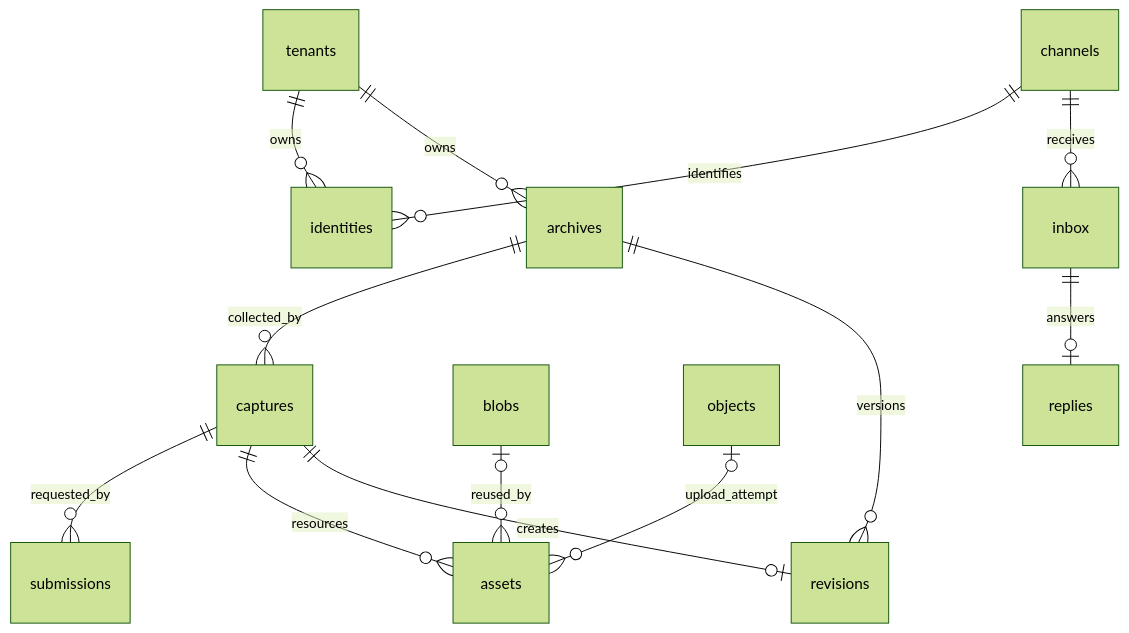
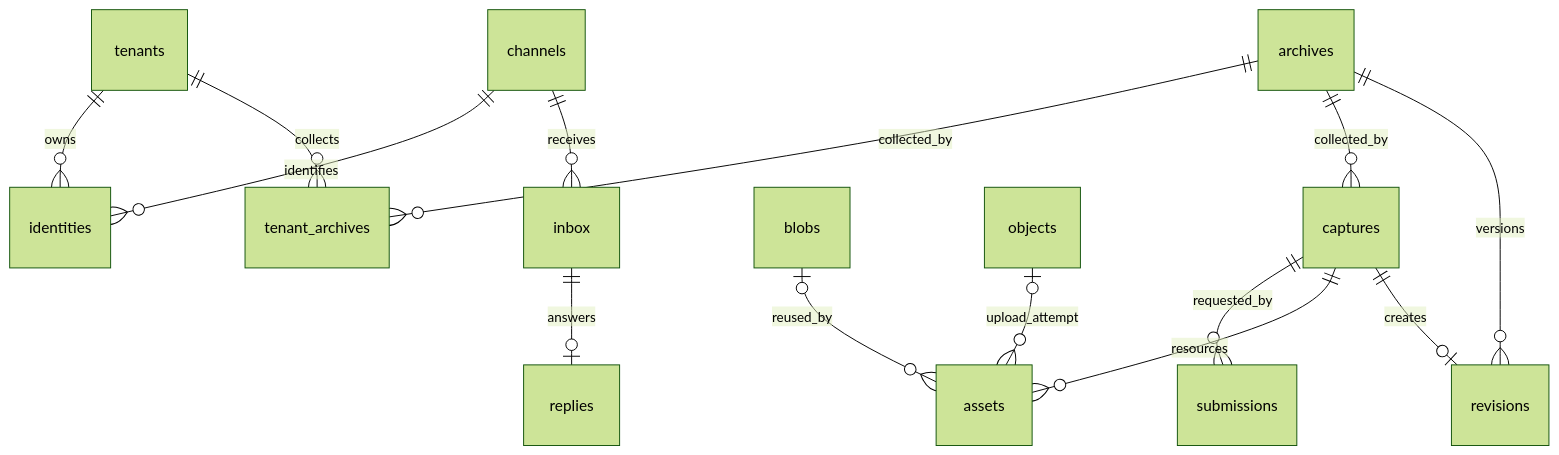
Before and after one commit to sxzz/midden: the second of 2 diagrams in docs/architecture.md, drawn with Mermaid (forest theme). The commit also changed other lines of this file and 19 other files, not shown here.

Commit message:
Share public archives across tenants with provider-defined visibility

````diff
--- a/docs/architecture.md
+++ b/docs/architecture.md
@@ -65,15 +75,16 @@
 ```mermaid
 erDiagram
     tenants ||--o{ identities : owns
     channels ||--o{ identities : identifies
-    tenants ||--o{ archives : owns
+    tenants ||--o{ tenant_archives : collects
+    archives ||--o{ tenant_archives : collected_by
     archives ||--o{ captures : collected_by
     archives ||--o{ revisions : versions
     captures ||--o{ submissions : requested_by
     captures ||--o{ assets : resources
     captures ||--o| revisions : creates
     blobs o|--o{ assets : reused_by
     objects o|--o{ assets : upload_attempt
     channels ||--o{ inbox : receives
     inbox ||--o| replies : answers
 ```
````
